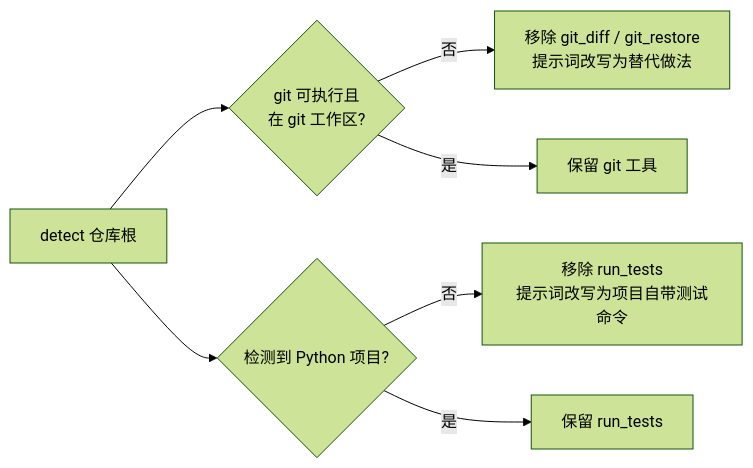
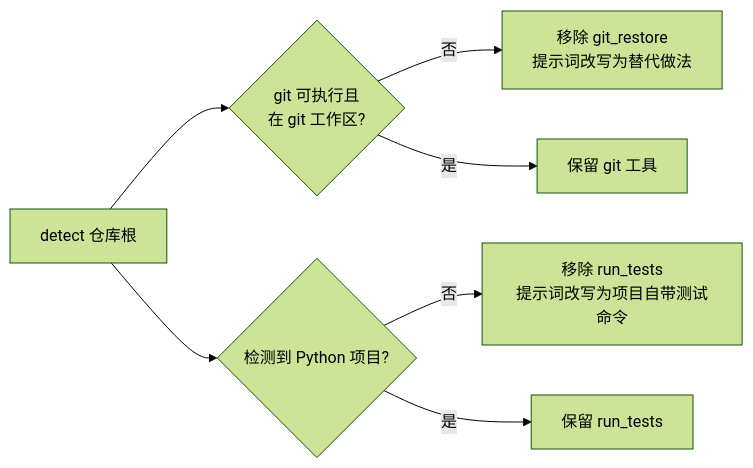
The eighth of 10 diagrams in docs/ARCHITECTURE.md (573486592837/Breeze), drawn with Mermaid (forest theme) before and after one commit. The commit also changed other lines of this file and 9 other files, not shown here.

First line of the commit message:
refactor(context): 思考只保留最新一步并移除 git_diff

````diff
--- a/docs/ARCHITECTURE.md
+++ b/docs/ARCHITECTURE.md
@@ -373,9 +373,9 @@
 ```mermaid
 flowchart LR
     A[detect 仓库根] --> B{git 可执行且<br/>在 git 工作区?}
-    B -- 否 --> C[移除 git_diff / git_restore<br/>提示词改写为替代做法]
+    B -- 否 --> C[移除 git_restore<br/>提示词改写为替代做法]
     B -- 是 --> D[保留 git 工具]
     A --> E{检测到 Python 项目?}
     E -- 否 --> F[移除 run_tests<br/>提示词改写为项目自带测试命令]
     E -- 是 --> G[保留 run_tests]
 ```
````
